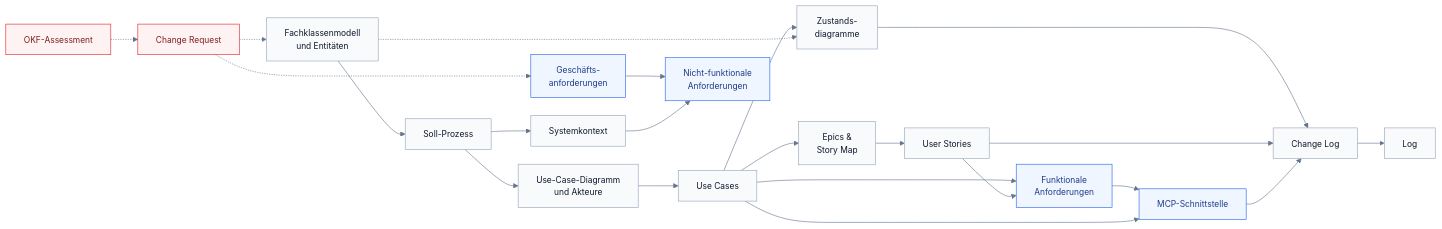
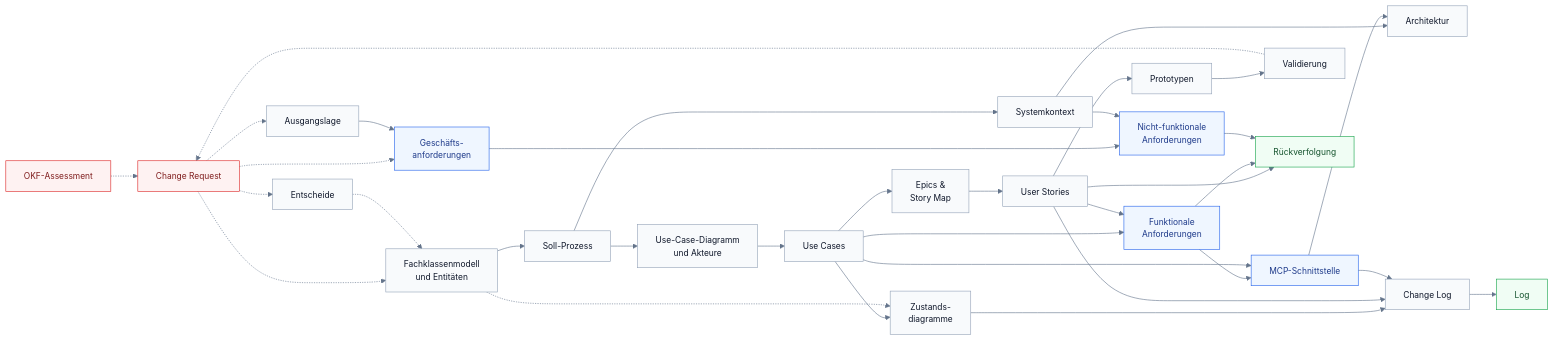
One commit to chocobear26/credex-cas changed the diagram in content/_index.md. Above: the diagram before and after it, drawn with Mermaid. The commit also changed other lines of this file and 121 other files, not shown here.

````diff
--- a/content/_index.md
+++ b/content/_index.md
@@ -62,29 +89,43 @@
 ```mermaid
 %%{init: {"theme": "base", "themeVariables": {"fontFamily": "Helvetica, Arial, sans-serif", "fontSize": "14px", "primaryColor": "#F8FAFC", "primaryBorderColor": "#94A3B8", "primaryTextColor": "#0F172A", "lineColor": "#64748B"}, "flowchart": {"curve": "basis", "nodeSpacing": 30, "rankSpacing": 45}}}%%
 flowchart LR
     oa["OKF-Assessment"] -.-> cr
     cr["Change Request"] -.-> dm
     cr -.-> ga["Geschäfts-<br/>anforderungen"]
+    cr -.-> pr["Ausgangslage"]
+    pr --> ga
+    cr -.-> ent["Entscheide"]
+    ent -.-> dm
     dm["Fachklassenmodell<br/>und Entitäten"] --> bp["Soll-Prozess"]
     bp --> sk["Systemkontext"]
     bp --> ucd["Use-Case-Diagramm<br/>und Akteure"]
     ucd --> uc["Use Cases"]
     uc --> sc["Zustands-<br/>diagramme"]
     uc --> ep["Epics &<br/>Story Map"]
     ep --> us["User Stories"]
     dm -.-> sc
     uc --> fa["Funktionale<br/>Anforderungen"]
     us --> fa
     ga --> nfa["Nicht-funktionale<br/>Anforderungen"]
     sk --> nfa
     fa --> mcp["MCP-Schnittstelle"]
+    sk --> arc["Architektur"]
+    mcp --> arc
+    us --> pt["Prototypen"]
+    pt --> val["Validierung"]
+    val -.-> cr
+    us --> tr["Rückverfolgung"]
+    fa --> tr
+    nfa --> tr
     uc --> mcp
     sc --> cl["Change Log"]
     us --> cl
     mcp --> cl
     cl --> log["Log"]
     classDef src fill:#FEF2F2,stroke:#DC2626,color:#7F1D1D
     classDef req fill:#EFF6FF,stroke:#2563EB,color:#1E3A8A
     class oa,cr src
     class ga,fa,nfa,mcp req
+    classDef gen fill:#F0FDF4,stroke:#16A34A,color:#14532D
+    class tr,log gen
 ```
````
